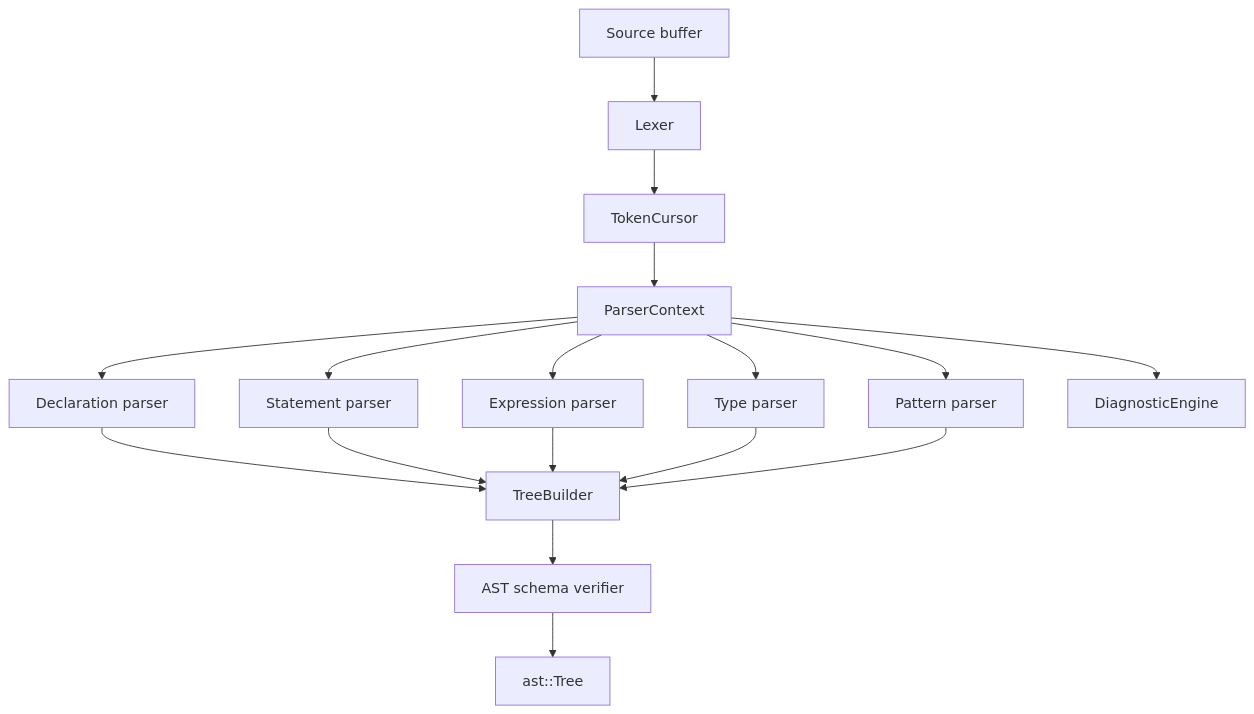
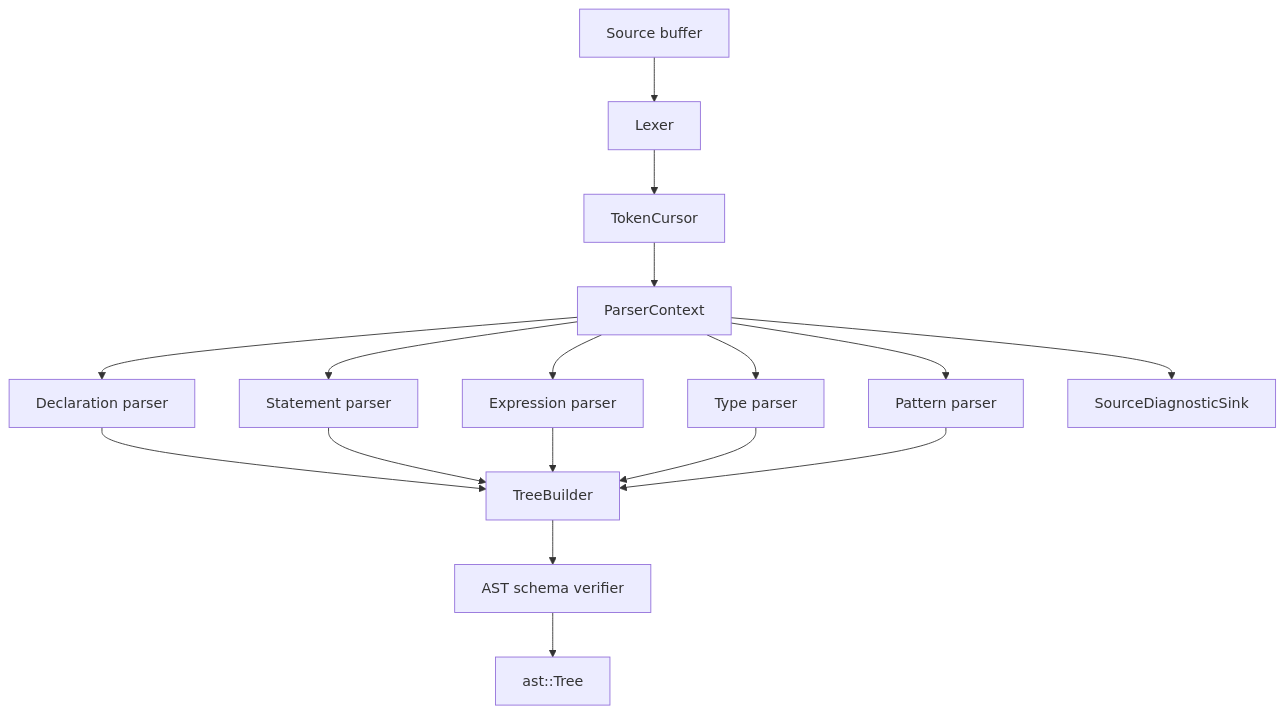
Before and after one commit to Zzzode/ZOM: the first of 5 diagrams in docs/rfc/0002-parser-architecture.md, drawn with Mermaid. The commit also changed other lines of this file and 238 other files, not shown here.

````diff
--- a/docs/rfc/0002-parser-architecture.md
+++ b/docs/rfc/0002-parser-architecture.md
@@ -177,19 +177,19 @@
 ```mermaid
 flowchart TD
   Source["Source buffer"] --> Lexer["Lexer"]
   Lexer --> Cursor["TokenCursor"]
   Cursor --> Parser["ParserContext"]
   Parser --> Decls["Declaration parser"]
   Parser --> Stmts["Statement parser"]
   Parser --> Exprs["Expression parser"]
   Parser --> Types["Type parser"]
   Parser --> Patterns["Pattern parser"]
   Decls --> Builder["TreeBuilder"]
   Stmts --> Builder
   Exprs --> Builder
   Types --> Builder
   Patterns --> Builder
   Builder --> Verify["AST schema verifier"]
   Verify --> Tree["ast::Tree"]
-  Parser --> Diags["DiagnosticEngine"]
+  Parser --> Diags["SourceDiagnosticSink"]
 ```
````
